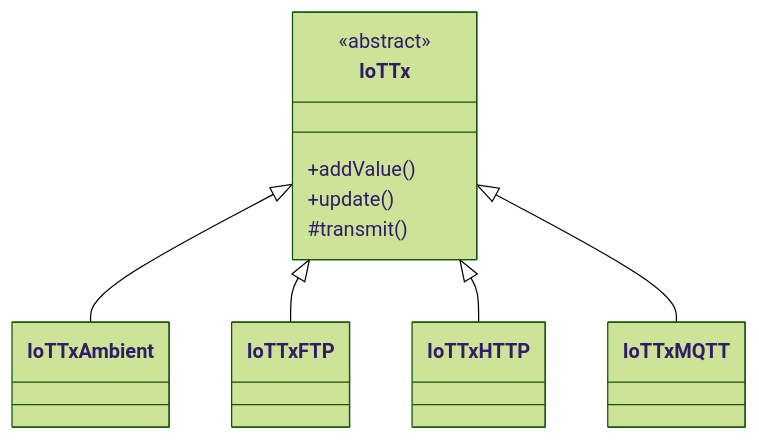
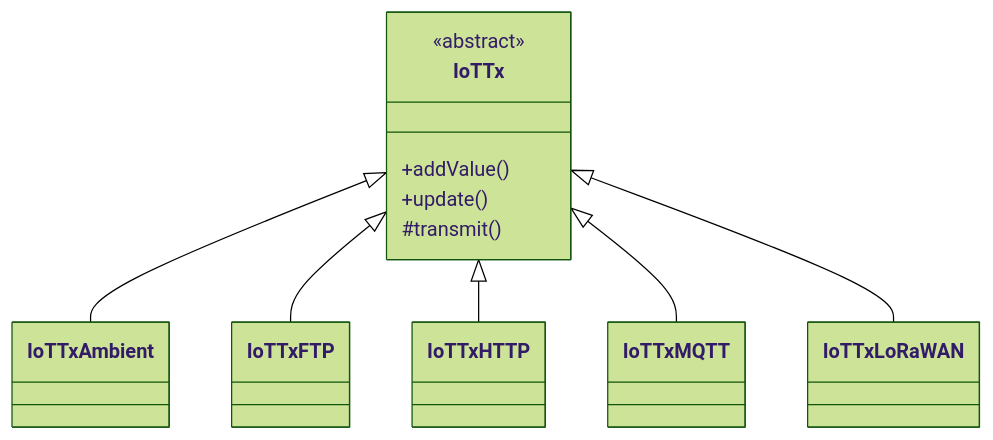
One commit to yrit-jp/yrit_iot_firmware changed the sixth of 12 diagrams in notes/ARCHITECTURE_OVERVIEW.md. Above: the diagram before and after it, drawn with Mermaid (forest theme). The commit also changed other lines of this file and 805 other files, not shown here.

````diff
--- a/notes/ARCHITECTURE_OVERVIEW.md
+++ b/notes/ARCHITECTURE_OVERVIEW.md
@@ -195,18 +196,20 @@
 ```mermaid
 classDiagram
     class IoTTx {
         <<abstract>>
         +addValue()
         +update()
         #transmit()
     }
     class IoTTxAmbient
     class IoTTxFTP
     class IoTTxHTTP
     class IoTTxMQTT
+    class IoTTxLoRaWAN
 
     IoTTx <|-- IoTTxAmbient
     IoTTx <|-- IoTTxFTP
     IoTTx <|-- IoTTxHTTP
     IoTTx <|-- IoTTxMQTT
+    IoTTx <|-- IoTTxLoRaWAN
 ```
````
